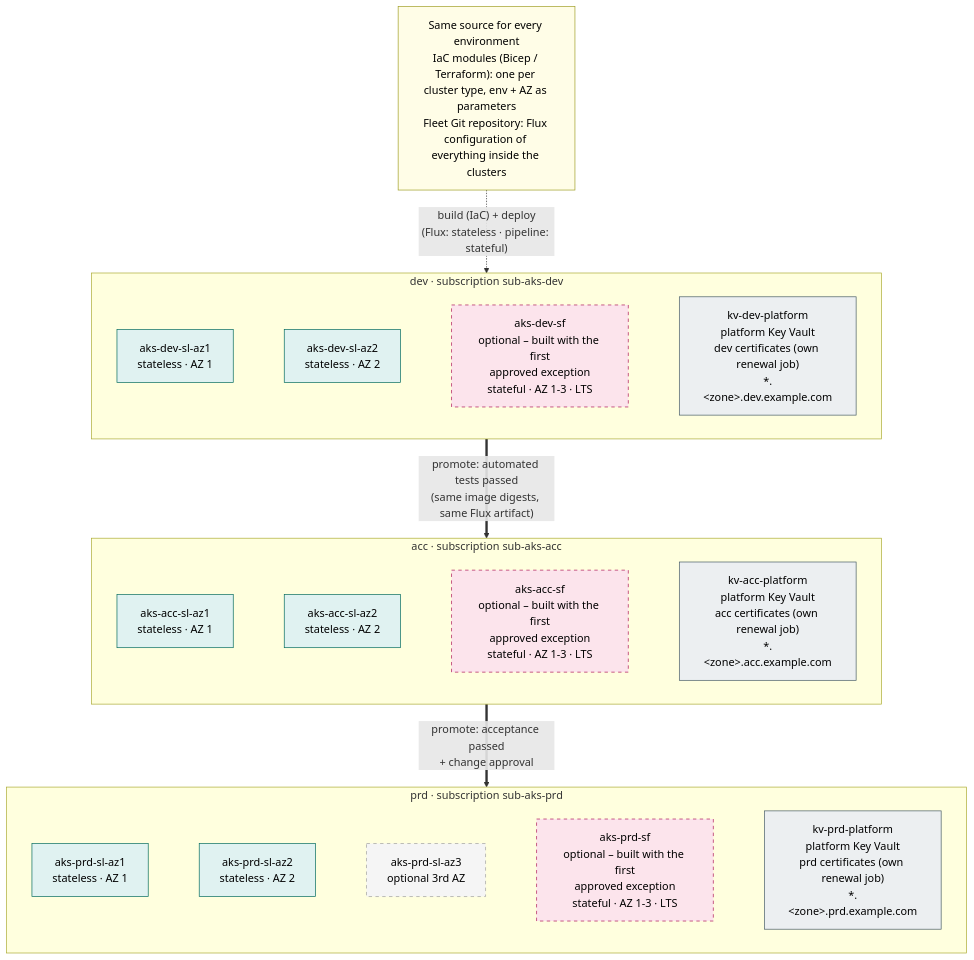
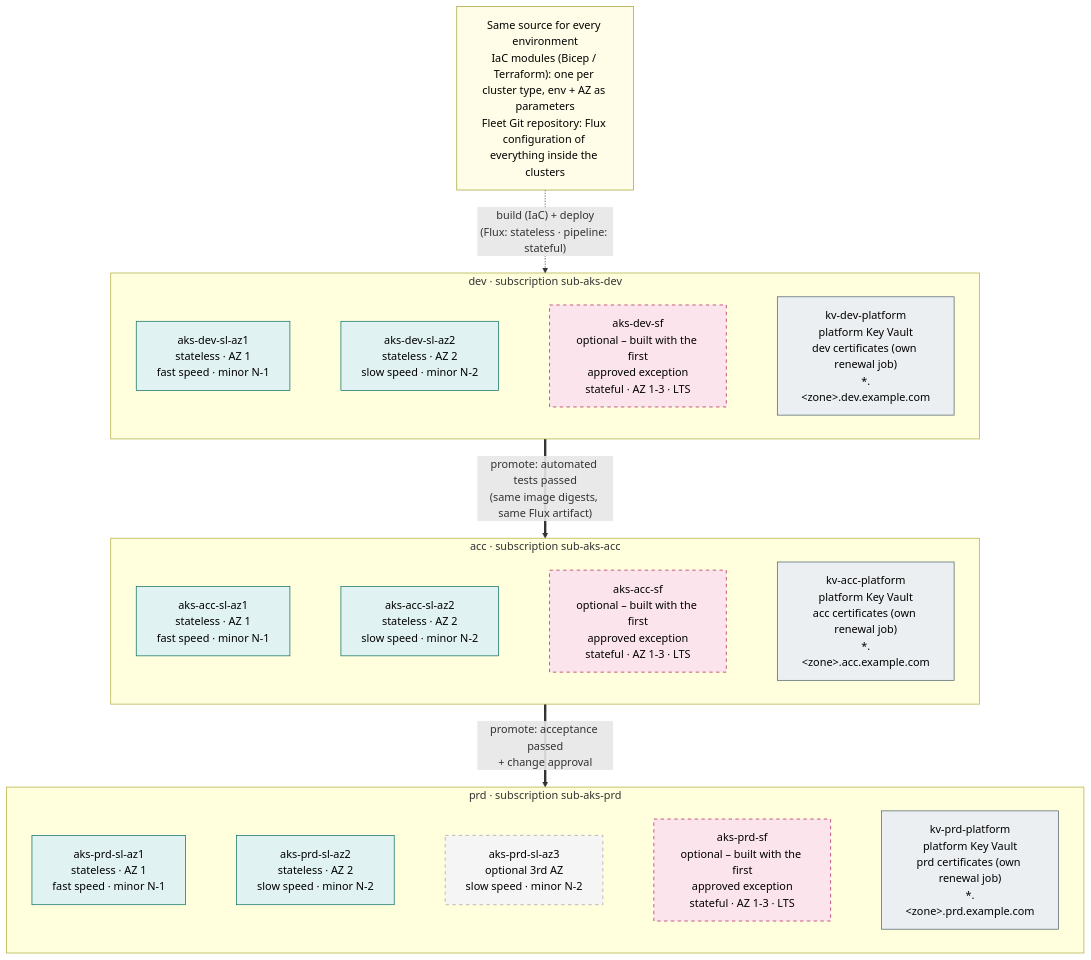
The diagram in diagrams/09-environments.mmd (olljanat-ai/aks-design), drawn with Mermaid before and after one commit. The commit also changed 8 other files, not shown here.

```diff
--- a/diagrams/09-environments.mmd
+++ b/diagrams/09-environments.mmd
@@ -1,43 +1,43 @@
 %% Six to nine clusters: three environments x (two zonal stateless clusters + an optional stateful cluster),
 %% plus one platform Key Vault per environment that holds that environment's certificates.
 %% Every environment is built from the same IaC modules and the same Flux configuration, only parameters differ.
 flowchart TB
     src["Same source for every environment<br/>IaC modules (Bicep / Terraform): one per cluster type, env + AZ as parameters<br/>Fleet Git repository: Flux configuration of everything inside the clusters"]
 
     subgraph DEV["dev · subscription sub-aks-dev"]
-        d1["aks-dev-sl-az1<br/>stateless · AZ 1"]
-        d2["aks-dev-sl-az2<br/>stateless · AZ 2"]
+        d1["aks-dev-sl-az1<br/>stateless · AZ 1<br/>fast speed · minor N-1"]
+        d2["aks-dev-sl-az2<br/>stateless · AZ 2<br/>slow speed · minor N-2"]
         d3["aks-dev-sf<br/>optional – built with the first<br/>approved exception<br/>stateful · AZ 1-3 · LTS"]
         kd["kv-dev-platform<br/>platform Key Vault<br/>dev certificates (own renewal job)<br/>*.&lt;zone&gt;.dev.example.com"]
         d1 ~~~ d2 ~~~ d3 ~~~ kd
     end
     subgraph ACC["acc · subscription sub-aks-acc"]
-        a1["aks-acc-sl-az1<br/>stateless · AZ 1"]
-        a2["aks-acc-sl-az2<br/>stateless · AZ 2"]
+        a1["aks-acc-sl-az1<br/>stateless · AZ 1<br/>fast speed · minor N-1"]
+        a2["aks-acc-sl-az2<br/>stateless · AZ 2<br/>slow speed · minor N-2"]
         a3["aks-acc-sf<br/>optional – built with the first<br/>approved exception<br/>stateful · AZ 1-3 · LTS"]
         ka["kv-acc-platform<br/>platform Key Vault<br/>acc certificates (own renewal job)<br/>*.&lt;zone&gt;.acc.example.com"]
         a1 ~~~ a2 ~~~ a3 ~~~ ka
     end
     subgraph PRD["prd · subscription sub-aks-prd"]
-        p1["aks-prd-sl-az1<br/>stateless · AZ 1"]
-        p2["aks-prd-sl-az2<br/>stateless · AZ 2"]
-        p4["aks-prd-sl-az3<br/>optional 3rd AZ"]
+        p1["aks-prd-sl-az1<br/>stateless · AZ 1<br/>fast speed · minor N-1"]
+        p2["aks-prd-sl-az2<br/>stateless · AZ 2<br/>slow speed · minor N-2"]
+        p4["aks-prd-sl-az3<br/>optional 3rd AZ<br/>slow speed · minor N-2"]
         p3["aks-prd-sf<br/>optional – built with the first<br/>approved exception<br/>stateful · AZ 1-3 · LTS"]
         kp["kv-prd-platform<br/>platform Key Vault<br/>prd certificates (own renewal job)<br/>*.&lt;zone&gt;.prd.example.com"]
         p1 ~~~ p2 ~~~ p4 ~~~ p3 ~~~ kp
     end
 
     src -.->|"build (IaC) + deploy<br/>(Flux: stateless · pipeline: stateful)"| DEV
     DEV ==>|"promote: automated tests passed<br/>(same image digests, same Flux artifact)"| ACC
     ACC ==>|"promote: acceptance passed<br/>+ change approval"| PRD
 
     classDef sl fill:#e0f2f1,stroke:#00695c,color:#000
     classDef sf fill:#fce4ec,stroke:#ad1457,color:#000,stroke-dasharray: 5 5
     classDef opt fill:#f5f5f5,stroke:#9e9e9e,color:#000,stroke-dasharray: 5 5
     classDef paas fill:#eceff1,stroke:#455a64,color:#000
     classDef note fill:#fffde7,stroke:#9e9d24,color:#000
     class d1,d2,a1,a2,p1,p2 sl
     class d3,a3,p3 sf
     class p4 opt
     class kd,ka,kp paas
     class src note
```
